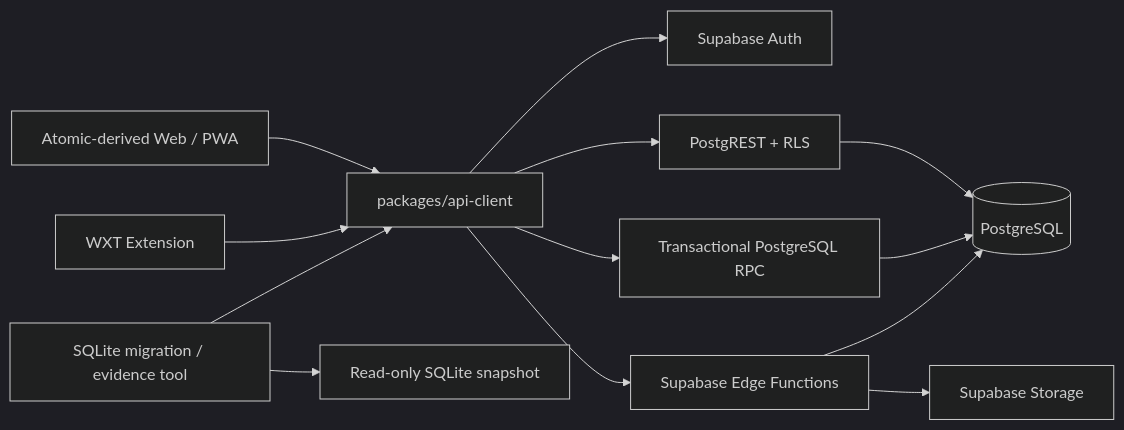
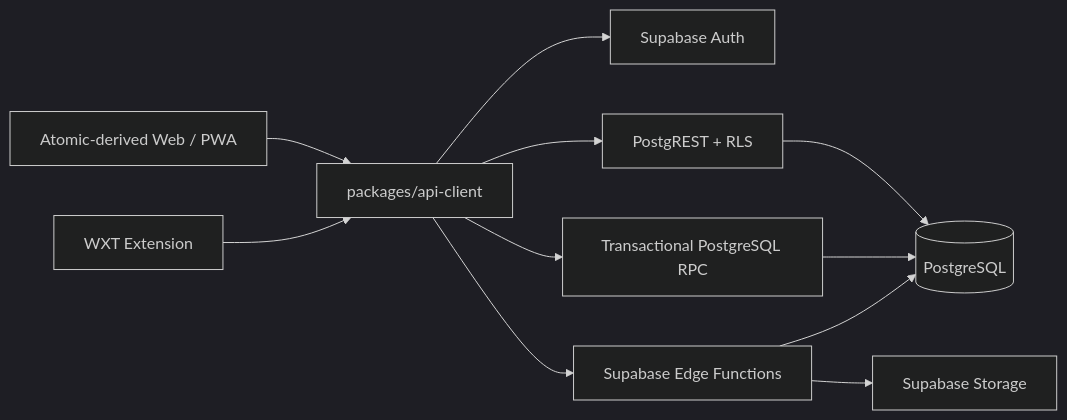
Before and after one commit to round123/dealpilot: the diagram in docs/cloud-multiplatform-refactor-plan.md, drawn with Mermaid (dark theme). The commit also changed other lines of this file and 43 other files, not shown here.

Commit message:
refactor: remove demo V1 migration flow

````diff
--- a/docs/cloud-multiplatform-refactor-plan.md
+++ b/docs/cloud-multiplatform-refactor-plan.md
@@ -81,15 +47,13 @@
 ```mermaid
 flowchart LR
     WEB["Atomic-derived Web / PWA"] --> CLIENT["packages/api-client"]
     EXT["WXT Extension"] --> CLIENT
-    MIG["SQLite migration / evidence tool"] --> CLIENT
-    MIG --> SNAP["Read-only SQLite snapshot"]
     CLIENT --> AUTH["Supabase Auth"]
     CLIENT --> REST["PostgREST + RLS"]
     CLIENT --> RPC["Transactional PostgreSQL RPC"]
     CLIENT --> EDGE["Supabase Edge Functions"]
     REST --> PG[(PostgreSQL)]
     RPC --> PG
     EDGE --> PG
     EDGE --> STORAGE["Supabase Storage"]
 ```
````
